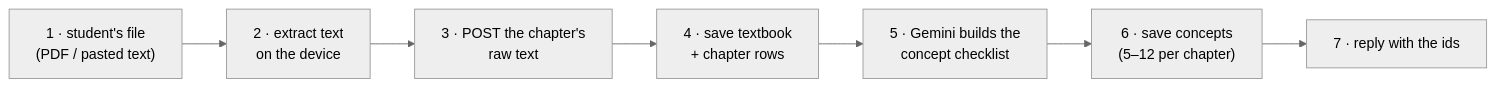
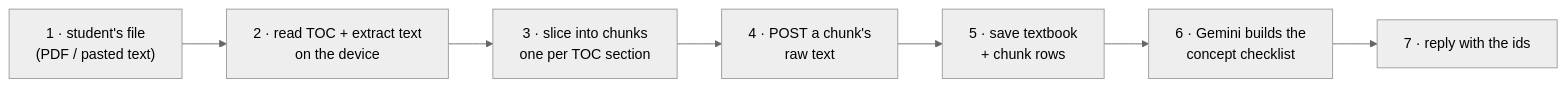
Before and after one commit to redwivision/Kiftet: the second of 19 diagrams in docs/HOW_IT_WORKS.md, drawn with Mermaid (neutral theme). The commit also changed other lines of this file and 9 other files, not shown here.

Commit message:
feat: chunk-based textbook ingest, MB cap, demo quotas (5 AI/min, 3 books/day) + AI budget pill

````diff
--- a/docs/HOW_IT_WORKS.md
+++ b/docs/HOW_IT_WORKS.md
@@ -215,9 +221,9 @@
 ```mermaid
 flowchart LR
-  A["1 · student's file<br/>(PDF / pasted text)"] --> B["2 · extract text<br/>on the device"]
-  B --> C["3 · POST the chapter's<br/>raw text"]
-  C --> D["4 · save textbook<br/>+ chapter rows"]
-  D --> E["5 · Gemini builds the<br/>concept checklist"]
-  E --> F["6 · save concepts<br/>(5–12 per chapter)"]
+  A["1 · student's file<br/>(PDF / pasted text)"] --> B["2 · read TOC + extract text<br/>on the device"]
+  B --> C["3 · slice into chunks<br/>one per TOC section"]
+  C --> D["4 · POST a chunk's<br/>raw text"]
+  D --> E["5 · save textbook<br/>+ chunk rows"]
+  E --> F["6 · Gemini builds the<br/>concept checklist"]
   F --> G["7 · reply with the ids"]
 ```
````
